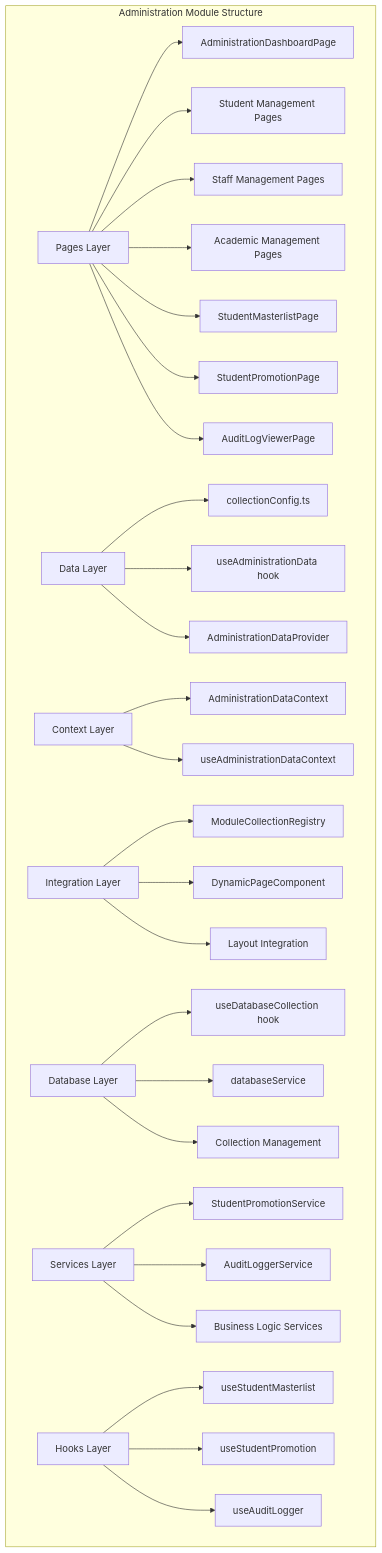
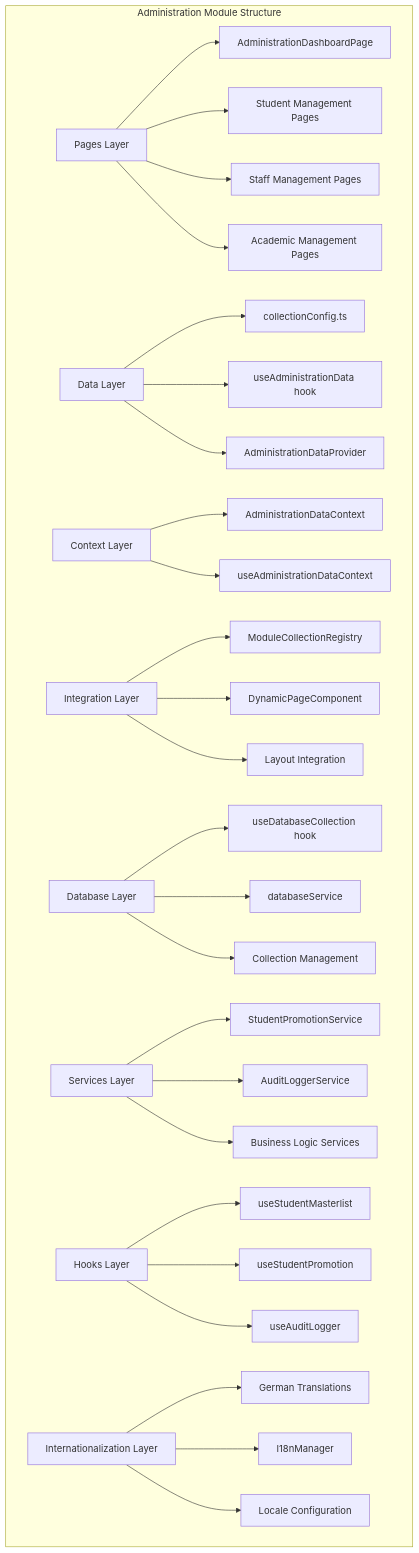
Before and after one commit to geniusdynamics/schoolpilot: the first of 5 diagrams in .qoder/repowiki/en/content/Modules System/Administration Module.md, drawn with Mermaid. The commit also changed other lines of this file and 16 other files, not shown here.

````diff
--- a/.qoder/repowiki/en/content/Modules System/Administration Module.md
+++ b/.qoder/repowiki/en/content/Modules System/Administration Module.md
@@ -77,36 +76,37 @@
 ```mermaid
 graph TB
 subgraph "Administration Module Structure"
 A[Pages Layer]
 B[Data Layer]
 C[Context Layer]
 D[Integration Layer]
 E[Database Layer]
 F[Services Layer]
 G[Hooks Layer]
+H[Internationalization Layer]
 A --> A1[AdministrationDashboardPage]
 A --> A2[Student Management Pages]
 A --> A3[Staff Management Pages]
 A --> A4[Academic Management Pages]
-A --> A5[StudentMasterlistPage]
-A --> A6[StudentPromotionPage]
-A --> A7[AuditLogViewerPage]
 B --> B1[collectionConfig.ts]
 B --> B2[useAdministrationData hook]
 B --> B3[AdministrationDataProvider]
 C --> C1[AdministrationDataContext]
 C --> C2[useAdministrationDataContext]
 D --> D1[ModuleCollectionRegistry]
 D --> D2[DynamicPageComponent]
 D --> D3[Layout Integration]
 E --> E1[useDatabaseCollection hook]
 E --> E2[databaseService]
 E --> E3[Collection Management]
 F --> F1[StudentPromotionService]
 F --> F2[AuditLoggerService]
 F --> F3[Business Logic Services]
 G --> G1[useStudentMasterlist]
 G --> G2[useStudentPromotion]
 G --> G3[useAuditLogger]
+H --> H1[German Translations]
+H --> H2[I18nManager]
+H --> H3[Locale Configuration]
 end
 ```
````
